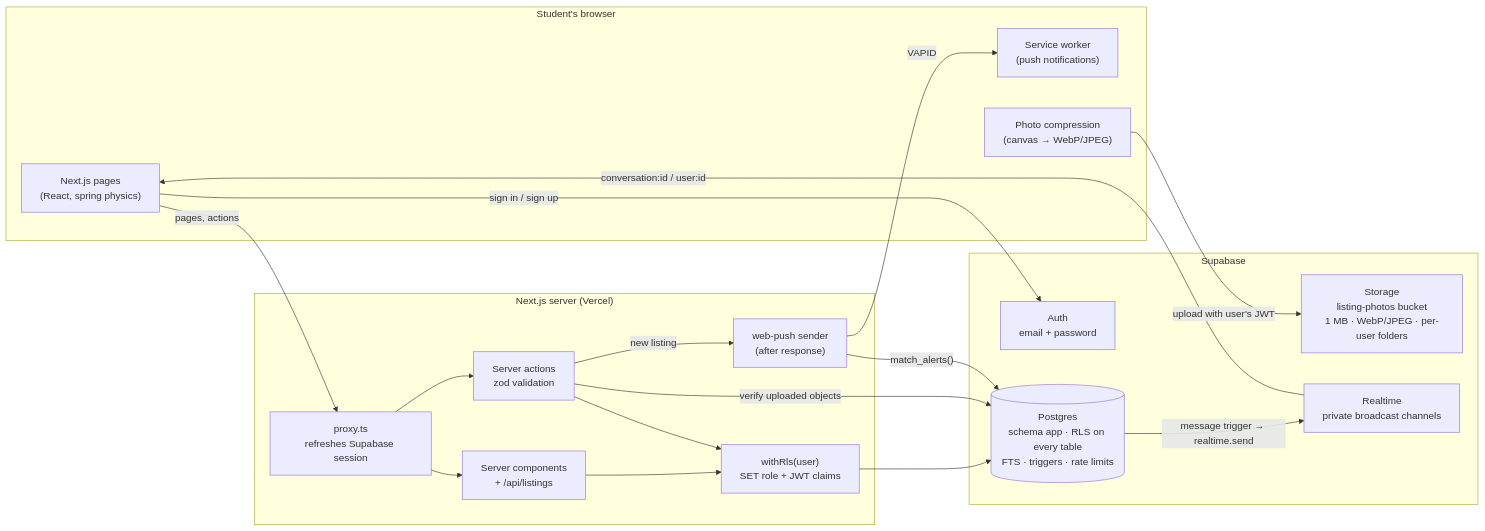
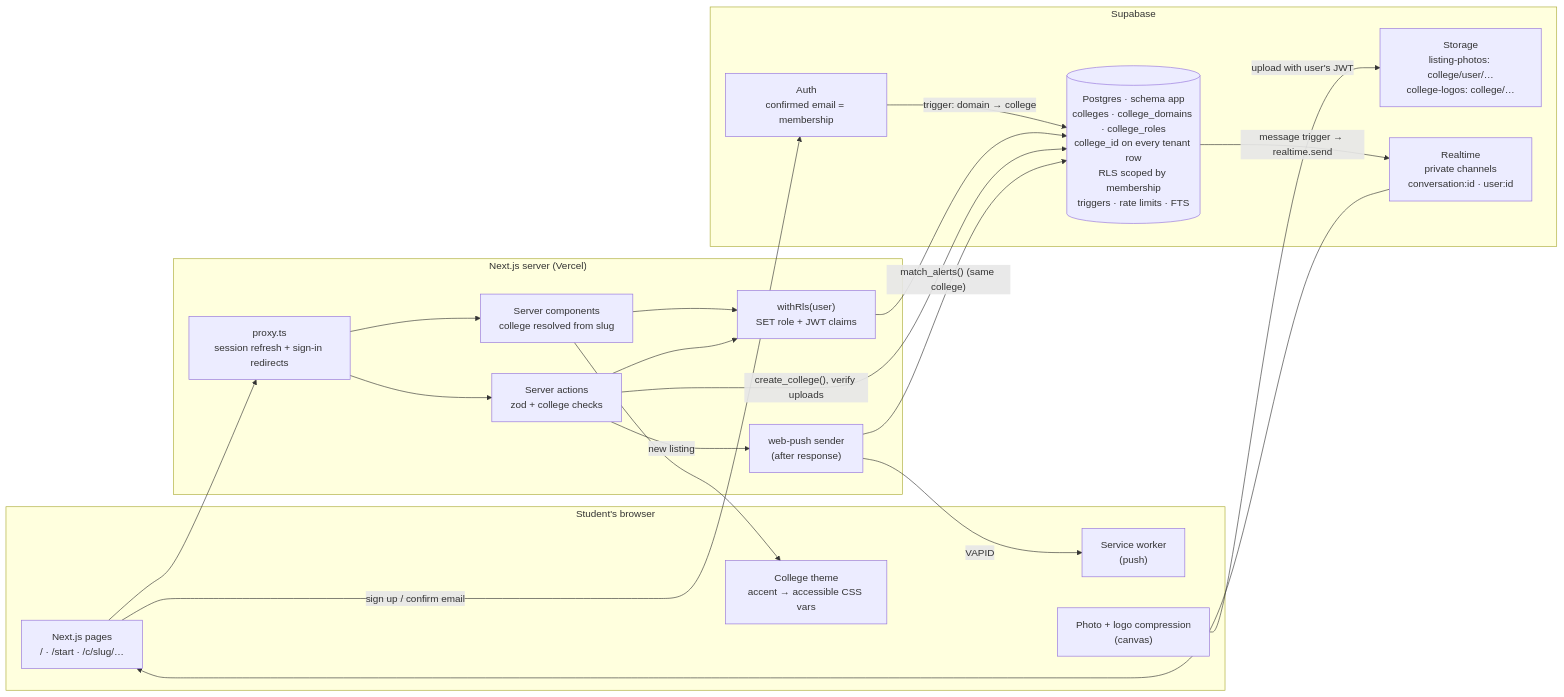
The first of 2 diagrams in README.md (Devkeerthi-code/handmedown), drawn with Mermaid before and after one commit. The commit also changed other lines of this file, not shown here.

Commit message:
docs: document multi-tenancy design and update architecture

````diff
--- a/README.md
+++ b/README.md
@@ -66,34 +75,37 @@
 ```mermaid
 flowchart LR
   subgraph Phone["Student's browser"]
-    UI["Next.js pages<br/>(React, spring physics)"]
-    SW["Service worker<br/>(push notifications)"]
-    Comp["Photo compression<br/>(canvas → WebP/JPEG)"]
+    UI["Next.js pages<br/>/ · /start · /c/slug/…"]
+    Theme["College theme<br/>accent → accessible CSS vars"]
+    SW["Service worker<br/>(push)"]
+    Comp["Photo + logo compression<br/>(canvas)"]
   end
 
   subgraph Vercel["Next.js server (Vercel)"]
-    Proxy["proxy.ts<br/>refreshes Supabase session"]
-    RSC["Server components<br/>+ /api/listings"]
-    Actions["Server actions<br/>zod validation"]
+    Proxy["proxy.ts<br/>session refresh + sign-in redirects"]
+    RSC["Server components<br/>college resolved from slug"]
+    Actions["Server actions<br/>zod + college checks"]
     RLS["withRls(user)<br/>SET role + JWT claims"]
     Push["web-push sender<br/>(after response)"]
   end
 
   subgraph Supabase
-    Auth["Auth<br/>email + password"]
-    PG[("Postgres<br/>schema app · RLS on every table<br/>FTS · triggers · rate limits")]
-    Storage["Storage<br/>listing-photos bucket<br/>1 MB · WebP/JPEG · per-user folders"]
-    RT["Realtime<br/>private broadcast channels"]
+    Auth["Auth<br/>confirmed email = membership"]
+    PG[("Postgres · schema app<br/>colleges · college_domains · college_roles<br/>college_id on every tenant row<br/>RLS scoped by membership<br/>triggers · rate limits · FTS")]
+    Storage["Storage<br/>listing-photos: college/user/…<br/>college-logos: college/…"]
+    RT["Realtime<br/>private channels<br/>conversation:id · user:id"]
   end
 
-  UI -- "sign in / sign up" --> Auth
-  UI -- "pages, actions" --> Proxy --> RSC & Actions
+  UI -- "sign up / confirm email" --> Auth
+  Auth -- "trigger: domain → college" --> PG
+  UI --> Proxy --> RSC & Actions
   RSC & Actions --> RLS --> PG
+  RSC --> Theme
   Comp -- "upload with user's JWT" --> Storage
-  Actions -- "verify uploaded objects" --> PG
+  Actions -- "create_college(), verify uploads" --> PG
   PG -- "message trigger → realtime.send" --> RT
-  RT -- "conversation:id / user:id" --> UI
+  RT --> UI
   Actions -- "new listing" --> Push
-  Push -- "match_alerts()" --> PG
+  Push -- "match_alerts() (same college)" --> PG
   Push -- "VAPID" --> SW
 ```
````
